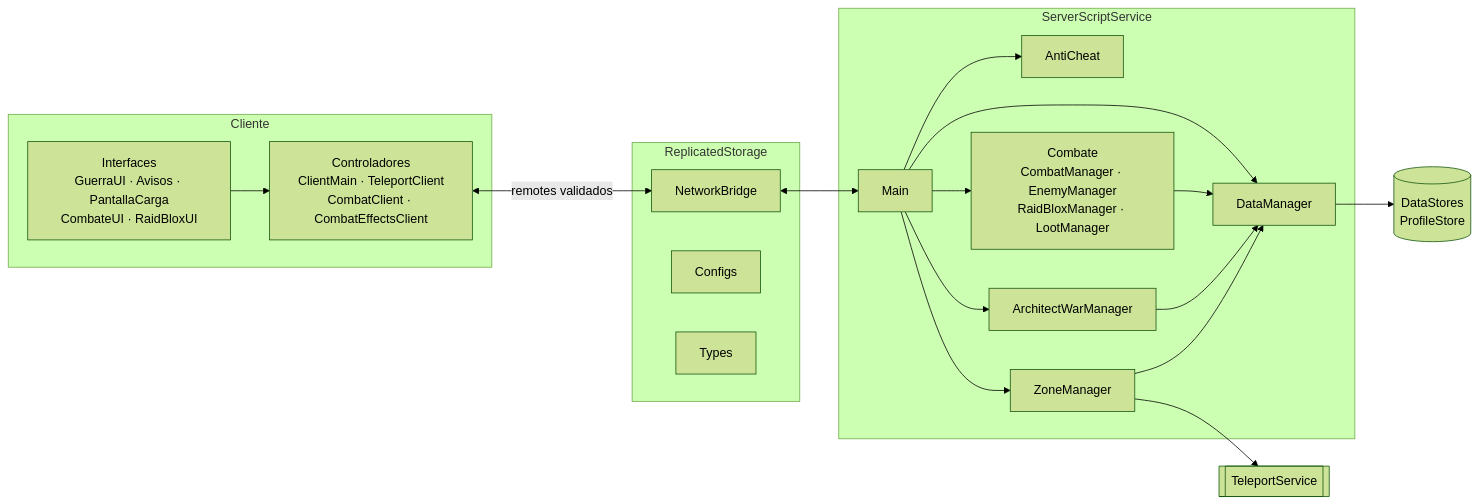
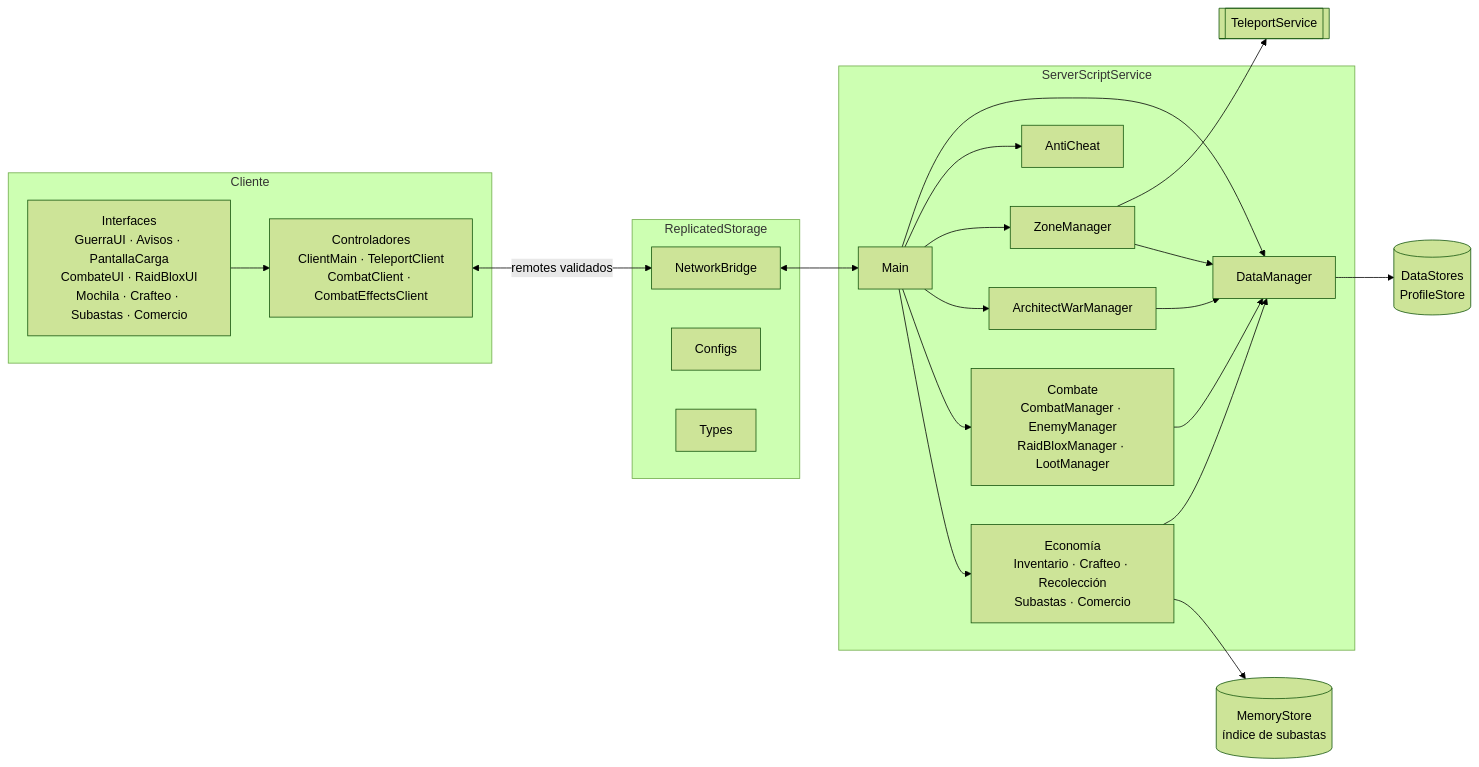
Before and after one commit to vonvivant/raidblox: the diagram in README.md, drawn with Mermaid (forest theme). The commit also changed other lines of this file and 5 other files, not shown here.

First line of the commit message:
Docs: economía (subastas, entregas pendientes, comercio) y diagramas

````diff
--- a/README.md
+++ b/README.md
@@ -23,32 +23,36 @@
 ```mermaid
 flowchart LR
     subgraph Cliente
-        UI[Interfaces<br/>GuerraUI · Avisos · PantallaCarga<br/>CombateUI · RaidBloxUI]
+        UI[Interfaces<br/>GuerraUI · Avisos · PantallaCarga<br/>CombateUI · RaidBloxUI<br/>Mochila · Crafteo · Subastas · Comercio]
         CC[Controladores<br/>ClientMain · TeleportClient<br/>CombatClient · CombatEffectsClient]
     end
     subgraph Compartido[ReplicatedStorage]
         NB[NetworkBridge]
         CFG[Configs]
         TY[Types]
     end
     subgraph Servidor[ServerScriptService]
         MAIN[Main]
         DM[DataManager]
         AC[AntiCheat]
         ZM[ZoneManager]
         AW[ArchitectWarManager]
         CB[Combate<br/>CombatManager · EnemyManager<br/>RaidBloxManager · LootManager]
+        EC[Economía<br/>Inventario · Crafteo · Recolección<br/>Subastas · Comercio]
     end
+    MS[(MemoryStore<br/>índice de subastas)]
     DS[(DataStores<br/>ProfileStore)]
     TS[[TeleportService]]
 
     CC <-->|remotes validados| NB
     UI --> CC
     NB <--> MAIN
-    MAIN --> DM & AC & ZM & AW & CB
+    MAIN --> DM & AC & ZM & AW & CB & EC
     CB --> DM
+    EC --> DM
+    EC --> MS
     DM --> DS
     ZM --> TS
     AW --> DM
     ZM --> DM
 ```
````
